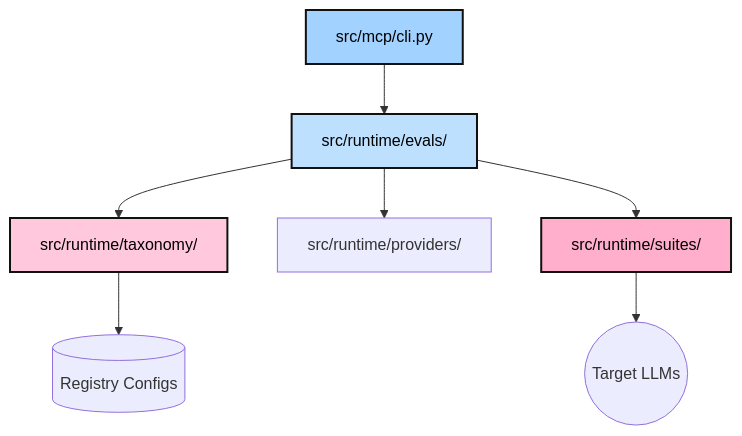
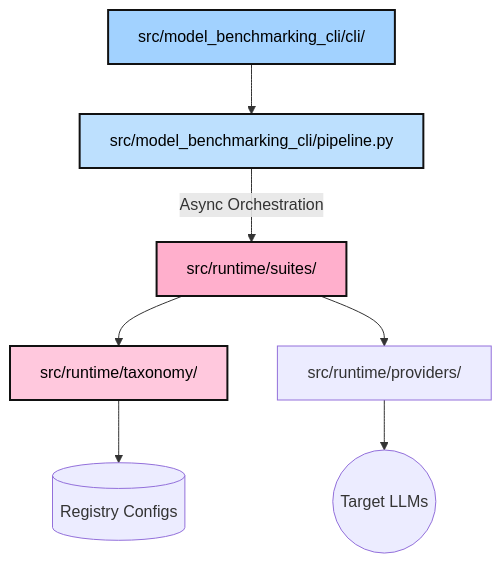
One commit to bannff/model-benchmarking changed the diagram in README.md. Above: the diagram before and after it, drawn with Mermaid. The commit also changed other lines of this file and 146 other files, not shown here.

````diff
--- a/README.md
+++ b/README.md
@@ -50,16 +50,16 @@
 ```mermaid
 graph TD
-    CLI[src/mcp/cli.py] --> EVALS[src/runtime/evals/]
+    CLI[src/model_benchmarking_cli/cli/] --> PIPELINE[src/model_benchmarking_cli/pipeline.py]
+    PIPELINE -- Async Orchestration --> SUITES[src/runtime/suites/]
     
-    EVALS --> TAXONOMY[src/runtime/taxonomy/]
-    EVALS --> PROVIDERS[src/runtime/providers/]
-    EVALS --> SUITES[src/runtime/suites/]
+    SUITES --> TAXONOMY[src/runtime/taxonomy/]
+    SUITES --> PROVIDERS[src/runtime/providers/]
     
     TAXONOMY --> REGISTRY[(Registry Configs)]
-    SUITES --> TARGETS((Target LLMs))
+    PROVIDERS --> TARGETS((Target LLMs))
     
     style CLI fill:#a2d2ff,stroke:#111,stroke-width:2px,color:#000
-    style EVALS fill:#bde0fe,stroke:#111,stroke-width:2px,color:#000
+    style PIPELINE fill:#bde0fe,stroke:#111,stroke-width:2px,color:#000
     style TAXONOMY fill:#ffc8dd,stroke:#111,stroke-width:2px,color:#000
     style SUITES fill:#ffafcc,stroke:#111,stroke-width:2px,color:#000
 ```
````
